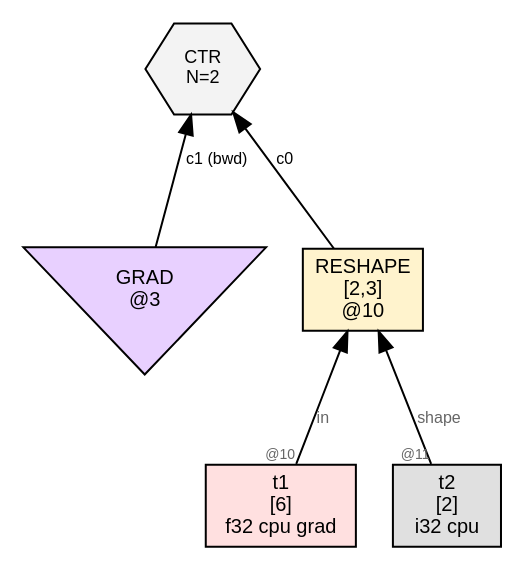
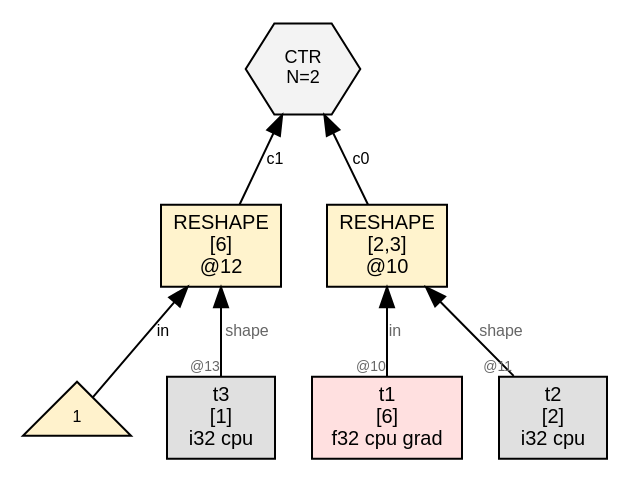
Before and after one commit to sw1sh/TinyHVM: the diagram in wl/examples/thvm_graphs/grad_rules/reshape/thvm_2_post_sweep.dot, drawn with Graphviz. The commit also changed 12 other files, not shown here.

First line of the commit message:
grad: shape-aware EXPAND and RESHAPE backward for TAG_GF/TAG_GB pair

```diff
--- a/wl/examples/thvm_graphs/grad_rules/reshape/thvm_2_post_sweep.dot
+++ b/wl/examples/thvm_graphs/grad_rules/reshape/thvm_2_post_sweep.dot
@@ -1,15 +1,19 @@
 digraph G {
   rankdir=BT;
   node [fontname="Helvetica", fontsize=10, style=filled, shape=box, margin="0.1,0.05"];
   edge [fontsize=8, fontname="Helvetica"];
 
   n10 [label="RESHAPE\n[2,3]\n@10", shape=box, fillcolor="#fff3cd"];
   t1 [label="t1\n[6]\nf32 cpu grad",shape=box,fillcolor="#ffe0e0"];
   t1 -> n10 [label="in",taillabel="@10",labelfontsize=7,fontcolor="#666666"];
   t2 [label="t2\n[2]\ni32 cpu",shape=box,fillcolor="#e0e0e0"];
   t2 -> n10 [label="shape",taillabel="@11",labelfontsize=7,fontcolor="#666666"];
+  n12 [label="RESHAPE\n[6]\n@12", shape=box, fillcolor="#fff3cd"];
+  num12_0 [label="1",shape=triangle,fillcolor="#fff2cc",fontsize=8];
+  num12_0 -> n12 [label="in"];
+  t3 [label="t3\n[1]\ni32 cpu",shape=box,fillcolor="#e0e0e0"];
+  t3 -> n12 [label="shape",taillabel="@13",labelfontsize=7,fontcolor="#666666"];
   ctr6 [label="CTR\nN=2", shape=hexagon, fillcolor="#f3f3f3", fontsize=9];
   n10 -> ctr6 [label="c0"];
-  grad3 [label="GRAD\n@3", shape=invtriangle, fillcolor="#e8d0ff"];
-  grad3 -> ctr6 [label="c1 (bwd)"];
+  n12 -> ctr6 [label="c1"];
 }
```
